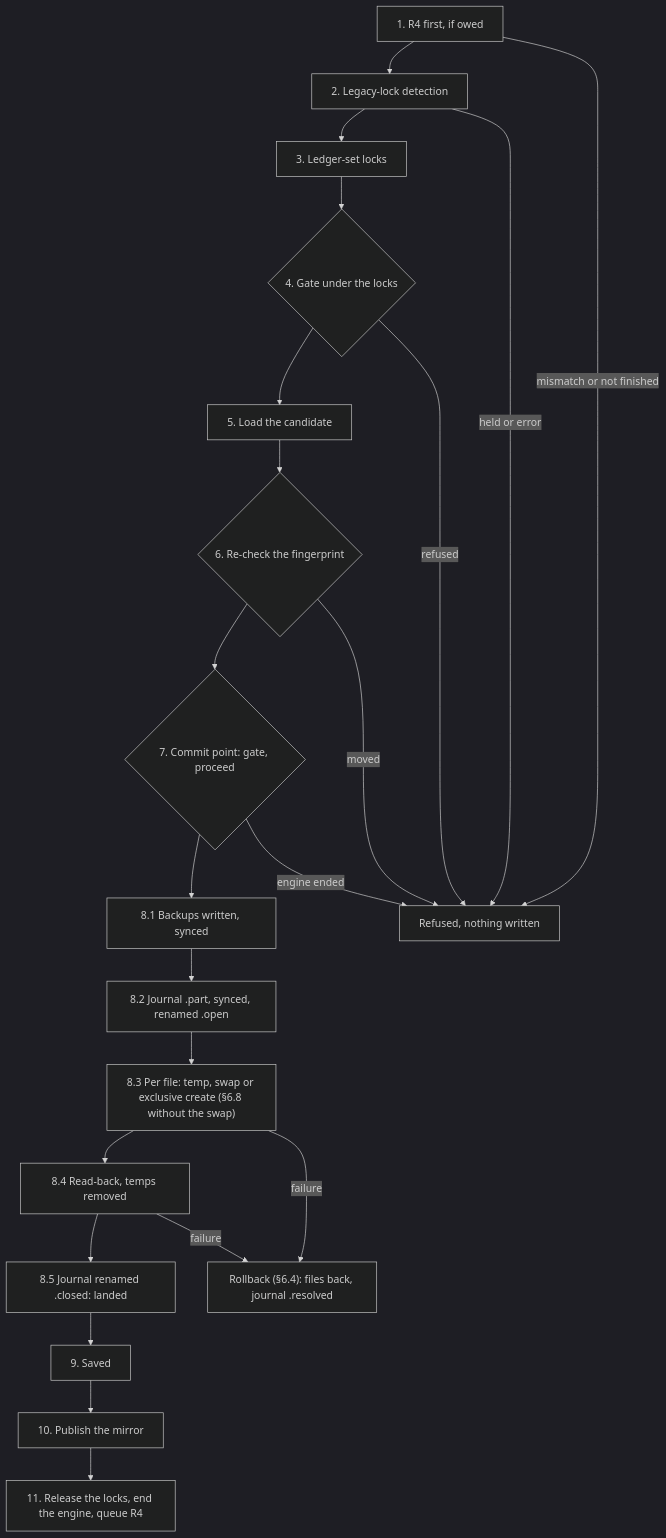
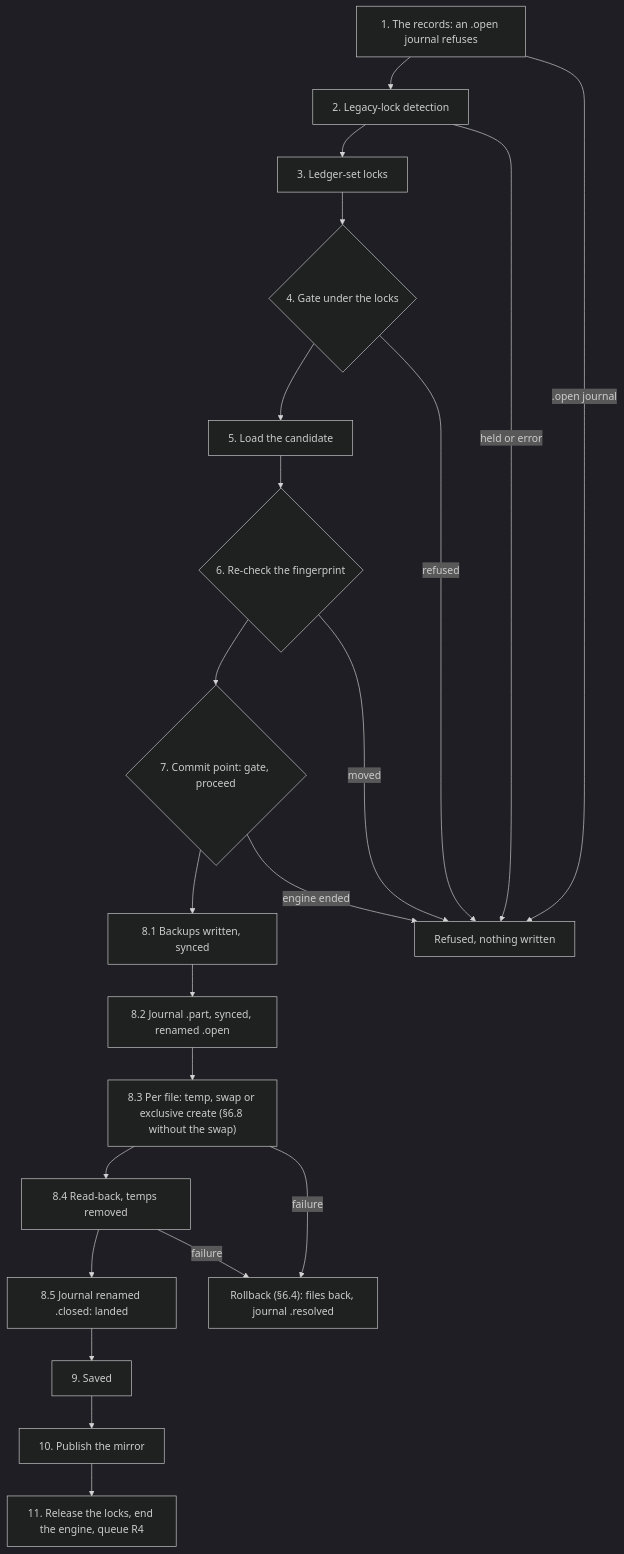
The first of 2 diagrams in design/specs/engine-jobs.md (sagarbehere/finzytrack), drawn with Mermaid (dark theme) before and after one commit. The commit also changed other lines of this file and 212 other files, not shown here.

````diff
--- a/design/specs/engine-jobs.md
+++ b/design/specs/engine-jobs.md
@@ -159,24 +159,24 @@
 ```mermaid
 flowchart TB
-  r4["1. R4 first, if owed"] --> legacy["2. Legacy-lock detection"]
+  records["1. The records: an .open journal refuses"] --> legacy["2. Legacy-lock detection"]
   legacy --> locks["3. Ledger-set locks"]
   locks --> gate{"4. Gate under the locks"}
   gate --> load["5. Load the candidate"]
   load --> recheck{"6. Re-check the fingerprint"}
   recheck --> commit{"7. Commit point: gate, proceed"}
   commit --> backups["8.1 Backups written, synced"]
   backups --> journal["8.2 Journal .part, synced, renamed .open"]
   journal --> swaps["8.3 Per file: temp, swap or exclusive create (§6.8 without the swap)"]
   swaps --> readback["8.4 Read-back, temps removed"]
   readback --> closed["8.5 Journal renamed .closed: landed"]
   closed --> saved["9. Saved"]
   saved --> publish["10. Publish the mirror"]
   publish --> release["11. Release the locks, end the engine, queue R4"]
-  r4 -- "mismatch or not finished" --> refused["Refused, nothing written"]
+  records -- ".open journal" --> refused["Refused, nothing written"]
   legacy -- "held or error" --> refused
   gate -- "refused" --> refused
   recheck -- "moved" --> refused
   commit -- "engine ended" --> refused
   swaps -- "failure" --> rollback["Rollback (§6.4): files back, journal .resolved"]
   readback -- "failure" --> rollback
 ```
````
